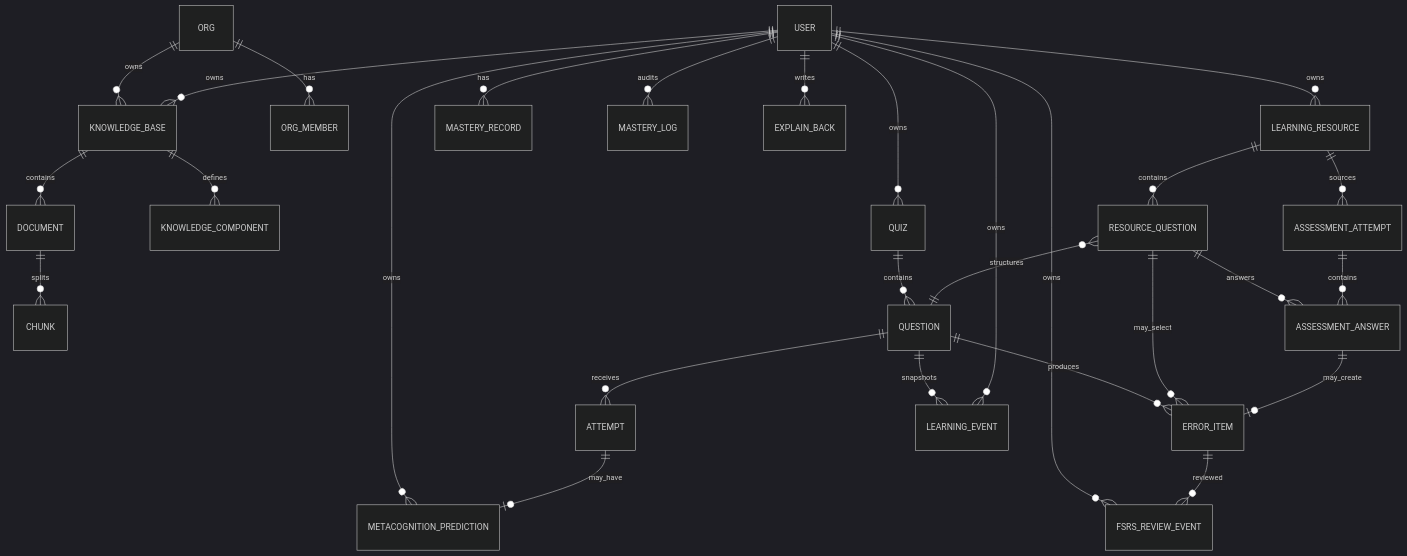
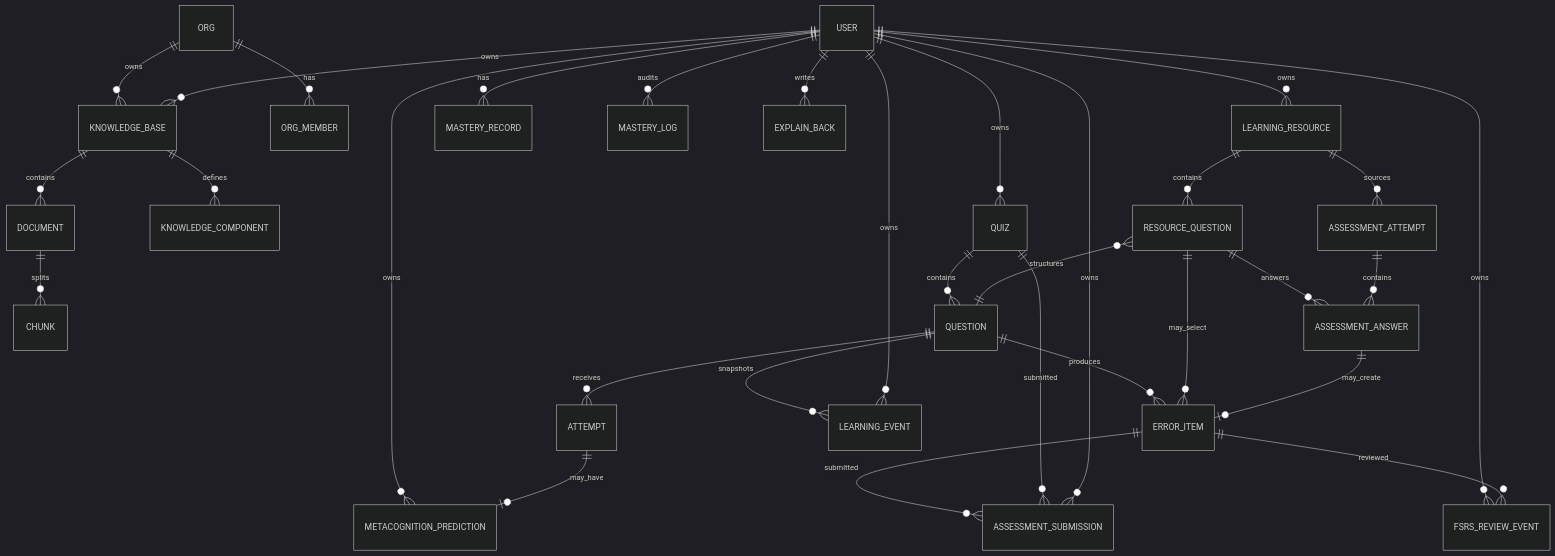
One commit to shunwang-crypto/suwen-ai changed the diagram in docs/data-model.md. Above: the diagram before and after it, drawn with Mermaid (dark theme). The commit also changed other lines of this file and 38 other files, not shown here.

```diff
--- a/docs/data-model.md
+++ b/docs/data-model.md
@@ -44,32 +44,35 @@
 ~~~mermaid
 erDiagram
     USER ||--o{ KNOWLEDGE_BASE : owns
     ORG ||--o{ ORG_MEMBER : has
     ORG ||--o{ KNOWLEDGE_BASE : owns
     KNOWLEDGE_BASE ||--o{ DOCUMENT : contains
     DOCUMENT ||--o{ CHUNK : splits
     KNOWLEDGE_BASE ||--o{ KNOWLEDGE_COMPONENT : defines
 
     USER ||--o{ LEARNING_RESOURCE : owns
     LEARNING_RESOURCE ||--o{ RESOURCE_QUESTION : contains
     RESOURCE_QUESTION }o--|| QUESTION : structures
     LEARNING_RESOURCE ||--o{ ASSESSMENT_ATTEMPT : sources
     ASSESSMENT_ATTEMPT ||--o{ ASSESSMENT_ANSWER : contains
     RESOURCE_QUESTION ||--o{ ASSESSMENT_ANSWER : answers
     ASSESSMENT_ANSWER ||--o| ERROR_ITEM : may_create
     RESOURCE_QUESTION ||--o{ ERROR_ITEM : may_select
 
     USER ||--o{ MASTERY_RECORD : has
     USER ||--o{ MASTERY_LOG : audits
     USER ||--o{ QUIZ : owns
     QUIZ ||--o{ QUESTION : contains
     QUESTION ||--o{ ATTEMPT : receives
+    USER ||--o{ ASSESSMENT_SUBMISSION : owns
+    QUIZ ||--o{ ASSESSMENT_SUBMISSION : submitted
+    ERROR_ITEM ||--o{ ASSESSMENT_SUBMISSION : submitted
     ATTEMPT ||--o| METACOGNITION_PREDICTION : may_have
     USER ||--o{ METACOGNITION_PREDICTION : owns
     USER ||--o{ EXPLAIN_BACK : writes
     QUESTION ||--o{ ERROR_ITEM : produces
     ERROR_ITEM ||--o{ FSRS_REVIEW_EVENT : reviewed
     USER ||--o{ FSRS_REVIEW_EVENT : owns
     USER ||--o{ LEARNING_EVENT : owns
     QUESTION ||--o{ LEARNING_EVENT : snapshots
 ~~~
```
